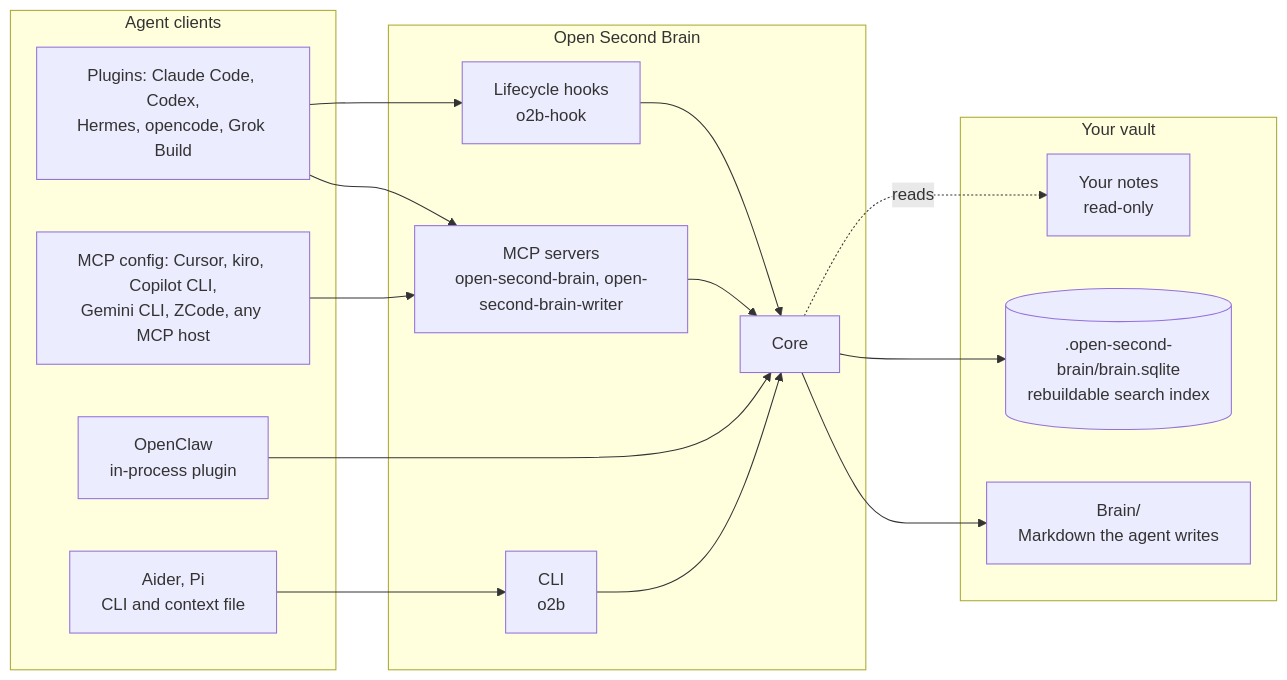
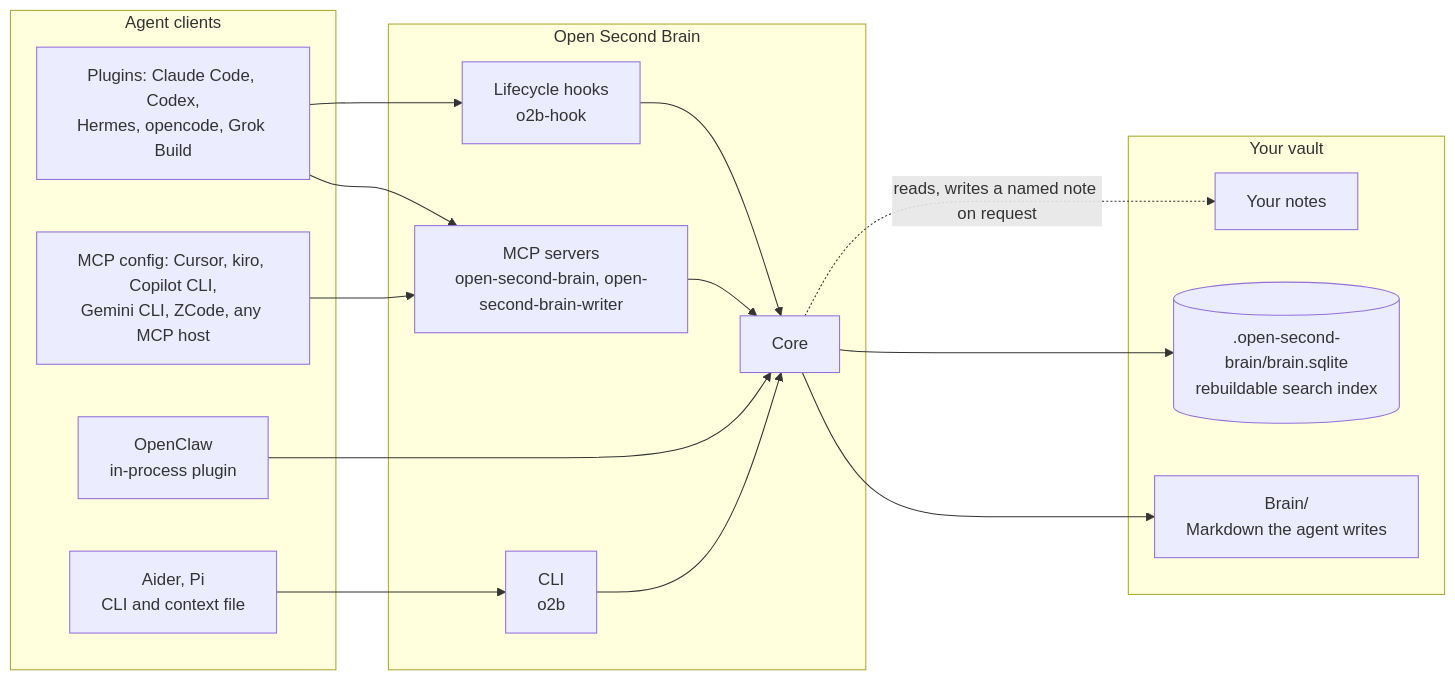
The first of 2 diagrams in README.md (itechmeat/open-second-brain), drawn with Mermaid before and after one commit. The commit also changed other lines of this file and 4 other files, not shown here.

````diff
--- a/README.md
+++ b/README.md
@@ -9,31 +9,31 @@
 ```mermaid
 flowchart LR
     subgraph Clients["Agent clients"]
         Plug["Plugins: Claude Code, Codex,<br/>Hermes, opencode, Grok Build"]
         Mcp["MCP config: Cursor, kiro, Copilot CLI,<br/>Gemini CLI, ZCode, any MCP host"]
         Claw["OpenClaw<br/>in-process plugin"]
         Cliu["Aider, Pi<br/>CLI and context file"]
     end
     subgraph OSB["Open Second Brain"]
         Srv["MCP servers<br/>open-second-brain, open-second-brain-writer"]
         Hooks["Lifecycle hooks<br/>o2b-hook"]
         Cli["CLI<br/>o2b"]
         Core["Core"]
     end
     subgraph Vault["Your vault"]
         Brain["Brain/<br/>Markdown the agent writes"]
-        Notes["Your notes<br/>read-only"]
+        Notes["Your notes"]
         Index[(".open-second-brain/brain.sqlite<br/>rebuildable search index")]
     end
     Plug --> Srv
     Plug --> Hooks
     Mcp --> Srv
     Claw --> Core
     Cliu --> Cli
     Srv --> Core
     Hooks --> Core
     Cli --> Core
     Core --> Brain
     Core --> Index
-    Core -. reads .-> Notes
+    Core -. reads, writes a named note on request .-> Notes
 ```
````
